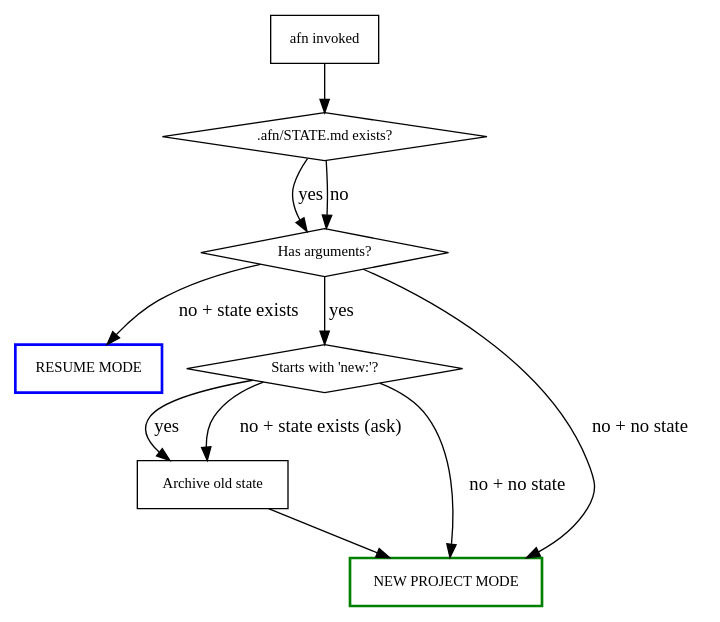
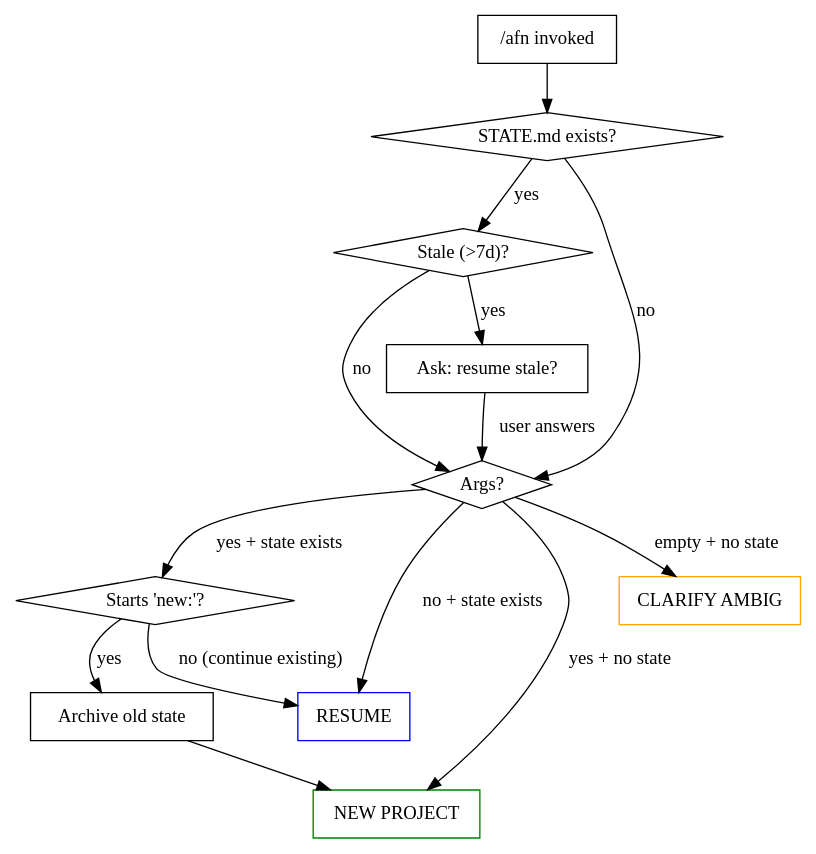
Before and after one commit to AFN7/afn-skill: the first of 2 diagrams in SKILL.md, drawn with Graphviz. The commit also changed other lines of this file and 1 other file, not shown here.

````diff
--- a/SKILL.md
+++ b/SKILL.md
@@ -37,23 +155,29 @@
 ```dot
 digraph entry {
   rankdir=TB;
-  node [fontsize=11];
-  "afn invoked" [shape=box];
-  ".afn/STATE.md exists?" [shape=diamond];
-  "Has arguments?" [shape=diamond];
-  "RESUME MODE" [shape=box, style=bold, color=blue];
-  "Starts with 'new:'?" [shape=diamond];
+  "/afn invoked" [shape=box];
+  "STATE.md exists?" [shape=diamond];
+  "Stale (>7d)?" [shape=diamond];
+  "Args?" [shape=diamond];
+  "Starts 'new:'?" [shape=diamond];
+  "Ask: resume stale?" [shape=box];
   "Archive old state" [shape=box];
-  "NEW PROJECT MODE" [shape=box, style=bold, color=green];
-  "afn invoked" -> ".afn/STATE.md exists?";
-  ".afn/STATE.md exists?" -> "Has arguments?" [label="yes"];
-  ".afn/STATE.md exists?" -> "Has arguments?" [label="no"];
-  "Has arguments?" -> "RESUME MODE" [label="no + state exists"];
-  "Has arguments?" -> "Starts with 'new:'?" [label="yes"];
-  "Has arguments?" -> "NEW PROJECT MODE" [label="no + no state"];
-  "Starts with 'new:'?" -> "Archive old state" [label="yes"];
-  "Starts with 'new:'?" -> "NEW PROJECT MODE" [label="no + no state"];
-  "Starts with 'new:'?" -> "Archive old state" [label="no + state exists (ask)"];
-  "Archive old state" -> "NEW PROJECT MODE";
+  "RESUME" [shape=box, color=blue];
+  "NEW PROJECT" [shape=box, color=green];
+  "CLARIFY AMBIG" [shape=box, color=orange];
+
+  "/afn invoked" -> "STATE.md exists?";
+  "STATE.md exists?" -> "Args?" [label="no"];
+  "STATE.md exists?" -> "Stale (>7d)?" [label="yes"];
+  "Stale (>7d)?" -> "Ask: resume stale?" [label="yes"];
+  "Stale (>7d)?" -> "Args?" [label="no"];
+  "Ask: resume stale?" -> "Args?" [label="user answers"];
+  "Args?" -> "RESUME" [label="no + state exists"];
+  "Args?" -> "Starts 'new:'?" [label="yes + state exists"];
+  "Args?" -> "NEW PROJECT" [label="yes + no state"];
+  "Args?" -> "CLARIFY AMBIG" [label="empty + no state"];
+  "Starts 'new:'?" -> "Archive old state" [label="yes"];
+  "Starts 'new:'?" -> "RESUME" [label="no (continue existing)"];
+  "Archive old state" -> "NEW PROJECT";
 }
 ```
````
